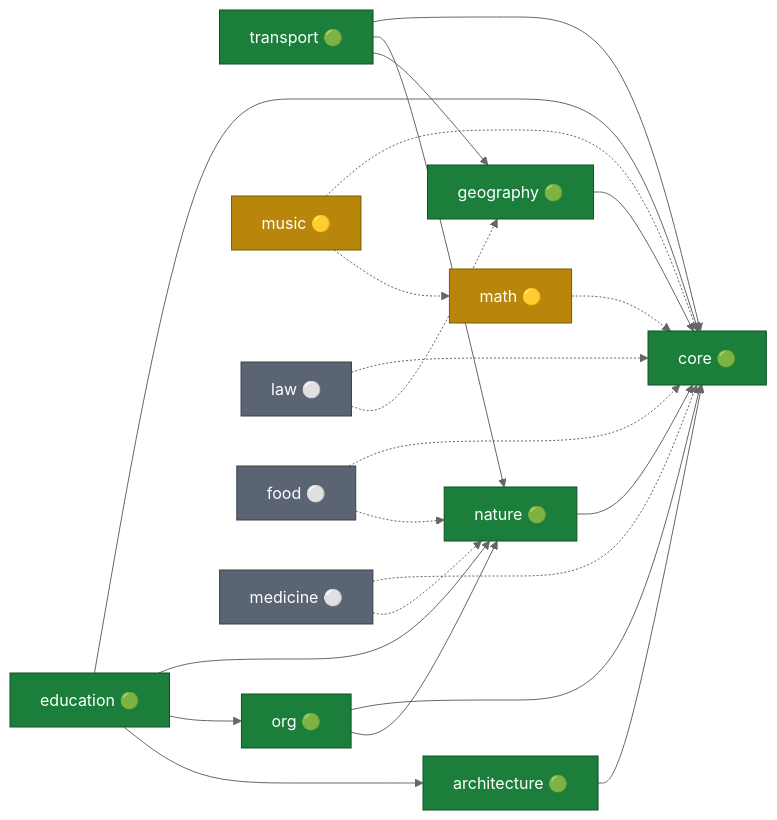
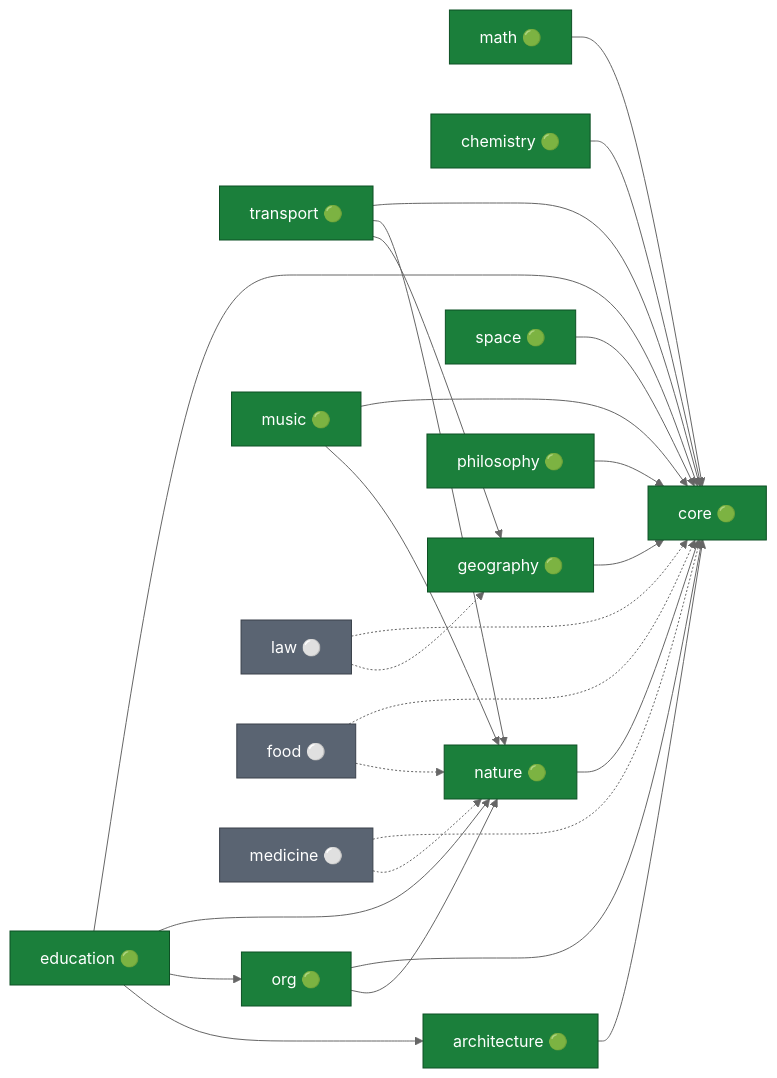
The second of 2 diagrams in docs/06-domain-taxonomy.md (WMOOP/wmoop.doc), drawn with Mermaid (neutral theme) before and after one commit. The commit also changed other lines of this file and 8 other files, not shown here.

````diff
--- a/docs/06-domain-taxonomy.md
+++ b/docs/06-domain-taxonomy.md
@@ -229,44 +236,50 @@
 ```mermaid
 flowchart LR
   core["core 🟢"]:::seed
-  math["math 🟡"]:::plan
+  math["math 🟢"]:::seed
+  chemistry["chemistry 🟢"]:::seed
   nature["nature 🟢"]:::seed
   geography["geography 🟢"]:::seed
+  space["space 🟢"]:::seed
   transport["transport 🟢"]:::seed
   architecture["architecture 🟢"]:::seed
   org["org 🟢"]:::seed
   education["education 🟢"]:::seed
-  music["music 🟡"]:::plan
+  music["music 🟢"]:::seed
+  philosophy["philosophy 🟢"]:::seed
   law["law ⚪"]:::cand
   food["food ⚪"]:::cand
   medicine["medicine ⚪"]:::cand
 
   %% seeded edges (from the modules' depends_on headers)
   nature --> core
   geography --> core
   transport --> core
   transport --> nature
   transport --> geography
   architecture --> core
   org --> core
   org --> nature
   education --> core
   education --> nature
   education --> org
   education --> architecture
+  math --> core
+  chemistry --> core
+  space --> core
+  music --> core
+  music --> nature
+  philosophy --> core
 
   %% planned / candidate edges
-  math -.-> core
-  music -.-> core
-  music -.-> math
   law -.-> core
   law -.-> geography
   food -.-> core
   food -.-> nature
   medicine -.-> core
   medicine -.-> nature
 
   classDef seed fill:#1b7f3b,stroke:#0d5024,color:#fff;
   classDef plan fill:#b8860b,stroke:#7a5a07,color:#fff;
   classDef cand fill:#5a6472,stroke:#3a414b,color:#fff;
 ```
````
